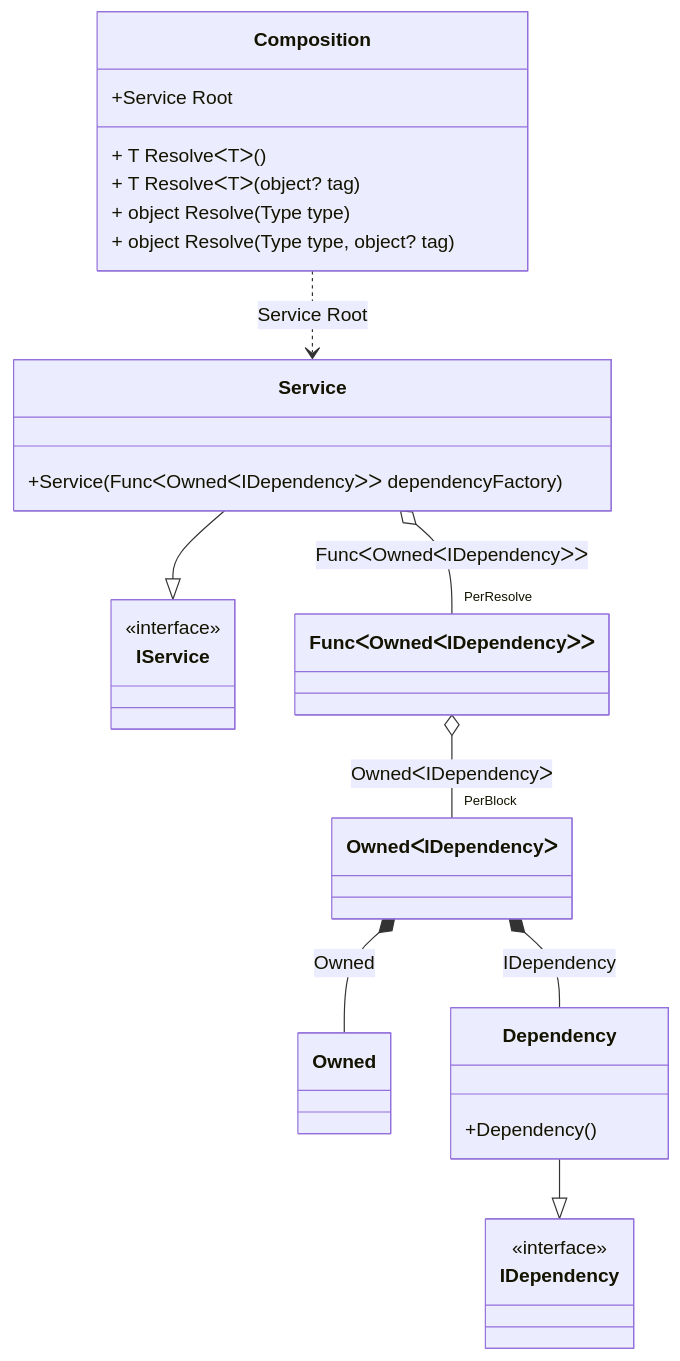
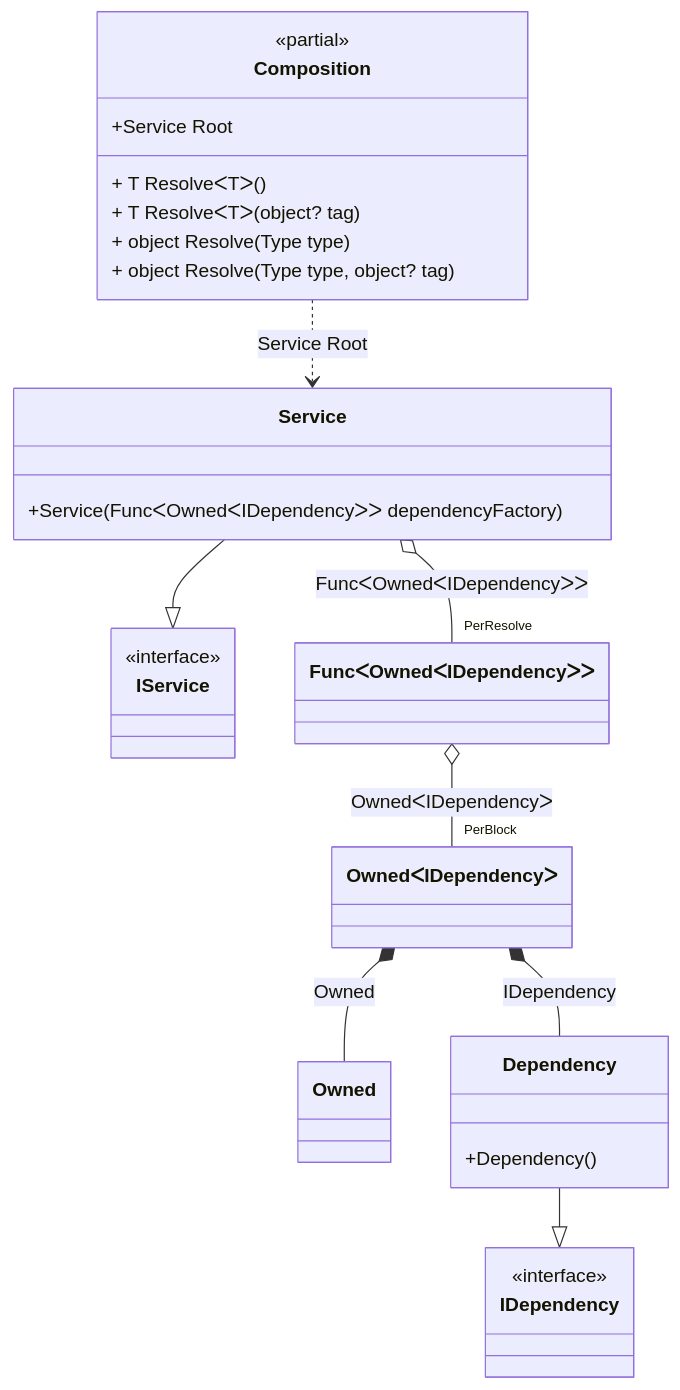
Before and after one commit to DevTeam/Pure.DI: the diagram in readme/tracking-disposable-instances-in-delegates.md, drawn with Mermaid. The commit also changed 74 other files, not shown here.

Commit message:
Improved class diagram

````diff
--- a/readme/tracking-disposable-instances-in-delegates.md
+++ b/readme/tracking-disposable-instances-in-delegates.md
@@ -68,32 +68,33 @@
 ```mermaid
 classDiagram
 	class Composition {
+		<<partial>>
 		+Service Root
 		+ T ResolveᐸTᐳ()
 		+ T ResolveᐸTᐳ(object? tag)
 		+ object Resolve(Type type)
 		+ object Resolve(Type type, object? tag)
 	}
 	class Owned
 	Dependency --|> IDependency : 
 	class Dependency {
 		+Dependency()
 	}
 	Service --|> IService : 
 	class Service {
 		+Service(FuncᐸOwnedᐸIDependencyᐳᐳ dependencyFactory)
 	}
 	class FuncᐸOwnedᐸIDependencyᐳᐳ
 	class OwnedᐸIDependencyᐳ
 	class IDependency {
 		<<interface>>
 	}
 	class IService {
 		<<interface>>
 	}
-	Service o--  "PerResolve" FuncᐸOwnedᐸIDependencyᐳᐳ : FuncᐸOwnedᐸIDependencyᐳᐳ
+	Service o-- "PerResolve" FuncᐸOwnedᐸIDependencyᐳᐳ : FuncᐸOwnedᐸIDependencyᐳᐳ
 	Composition ..> Service : Service Root
-	FuncᐸOwnedᐸIDependencyᐳᐳ o--  "PerBlock" OwnedᐸIDependencyᐳ : OwnedᐸIDependencyᐳ
+	FuncᐸOwnedᐸIDependencyᐳᐳ o-- "PerBlock" OwnedᐸIDependencyᐳ : OwnedᐸIDependencyᐳ
 	OwnedᐸIDependencyᐳ *--  Owned : Owned
 	OwnedᐸIDependencyᐳ *--  Dependency : IDependency
 ```
````
